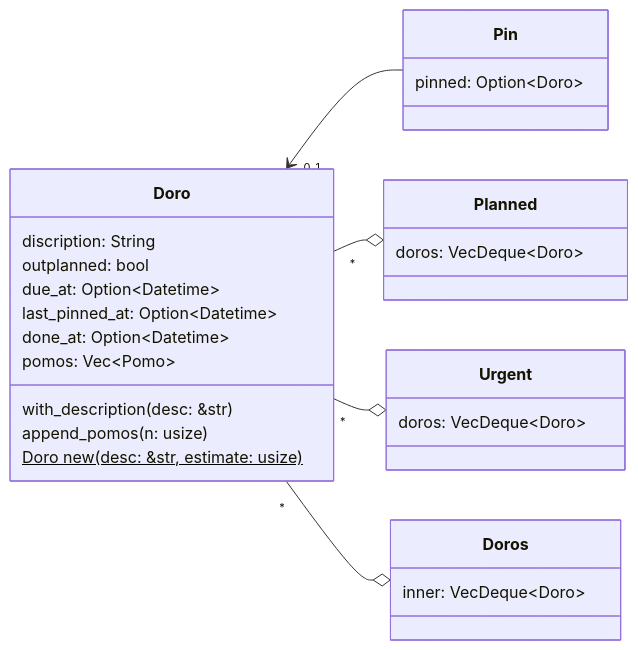
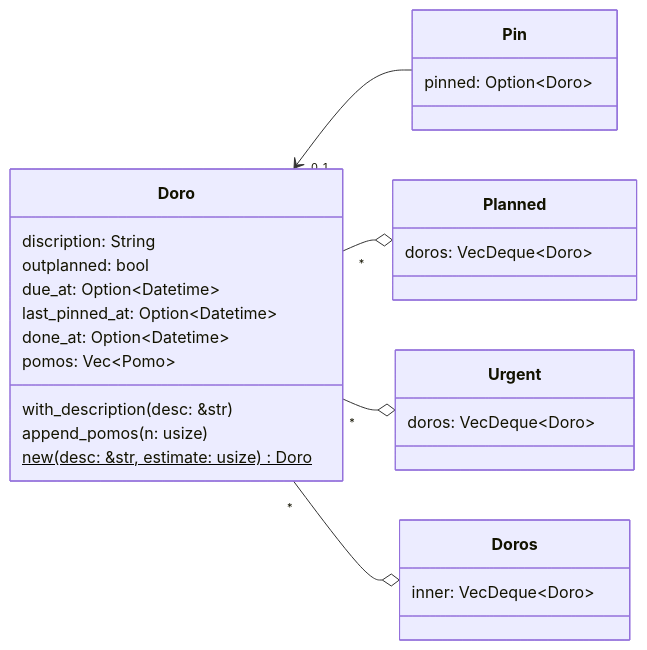
Before and after one commit to huangjj27/huangjj27.github.io: the first of 2 diagrams in src/pomo_doro/estimate-interuption.md, drawn with Mermaid. The commit also changed other lines of this file, not shown here.

````diff
--- a/src/pomo_doro/estimate-interuption.md
+++ b/src/pomo_doro/estimate-interuption.md
@@ -31,37 +31,37 @@
 ```mermaid
 classDiagram
     direction RL
 
     Pin --> "0..1" Doro
     Planned o-- "*" Doro
     Urgent o-- "*" Doro
     Doros o-- "*" Doro
 
     class Doro {
         discription: String
         outplanned: bool
         due_at: Option~Datetime~
         last_pinned_at: Option~Datetime~
         done_at: Option~Datetime~
         pomos: Vec~Pomo~
         with_description(desc: &str)
         append_pomos(n: usize)
-        Doro new(desc: &str, estimate: usize) $
+        new(desc: &str, estimate: usize) Doro$
     }
 
     class Planned {
         doros: VecDeque~Doro~
     }
 
     class Urgent {
         doros: VecDeque~Doro~
     }
 
     class Doros {
         inner: VecDeque~Doro~
     }
 
     class Pin {
         pinned: Option~Doro~
     }
 ```
````
